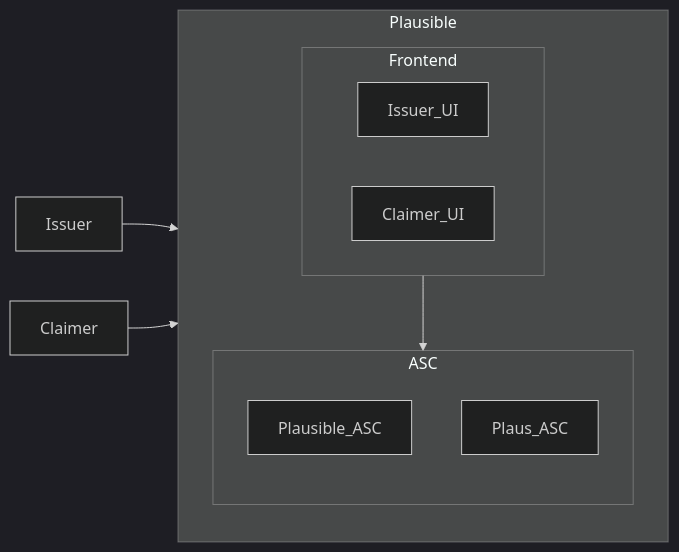
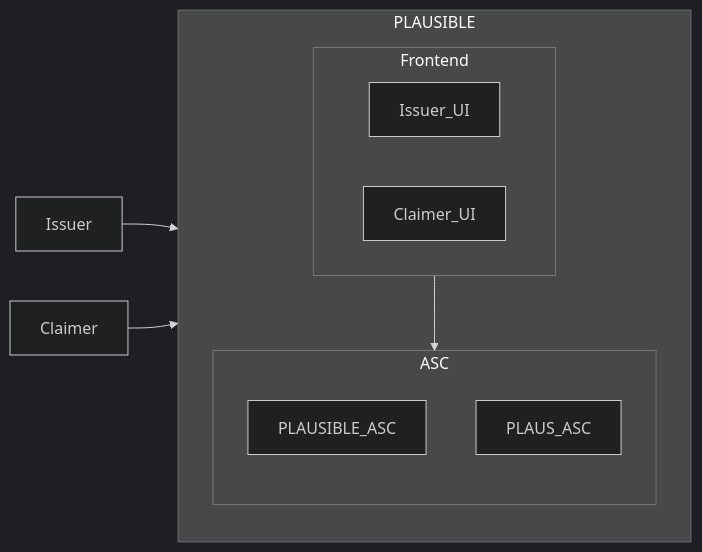
The first of 8 diagrams in profile/README.md (GoPlausible/.github), drawn with Mermaid (dark theme) before and after one commit. The commit also changed other lines of this file, not shown here.

````diff
--- a/profile/README.md
+++ b/profile/README.md
@@ -80,21 +80,21 @@
 ```mermaid
   flowchart LR
-  subgraph Plausible
+  subgraph PLAUSIBLE
     direction TB
     subgraph Frontend
         direction RL
         Issuer_UI
         Claimer_UI
     end
     subgraph ASC
         direction TB
-        Plausible_ASC
-        Plaus_ASC
+        PLAUSIBLE_ASC
+        PLAUS_ASC
         
     end
   end
-  Issuer --> Plausible
-  Claimer --> Plausible
+  Issuer --> PLAUSIBLE
+  Claimer --> PLAUSIBLE
   Frontend --> ASC
   
 ```
````
